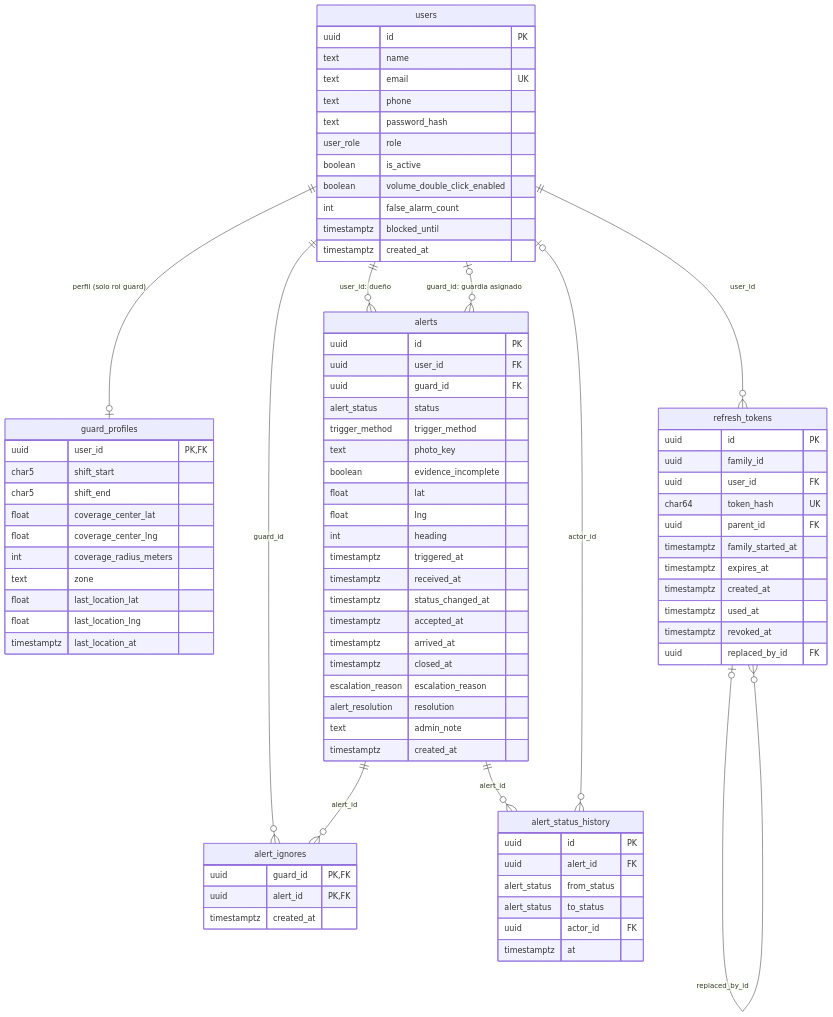
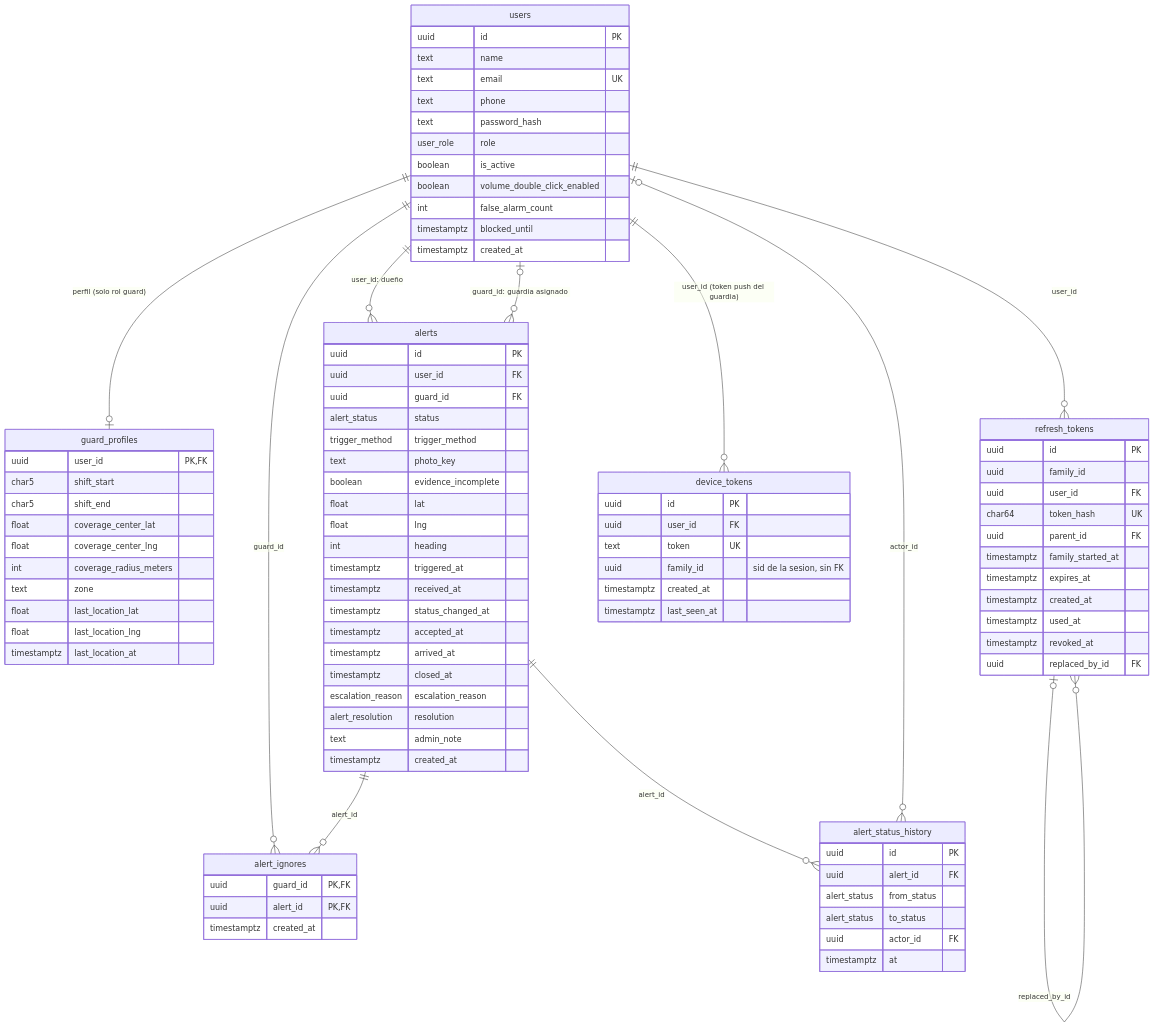
Before and after one commit to angelOcampoM/SafeLink: the first of 2 diagrams in docs/MODELO_DATOS.md, drawn with Mermaid. The commit also changed other lines of this file and 6 other files, not shown here.

Commit message:
docs(BE-04): contrato, permisos, modelo y guía del push

````diff
--- a/docs/MODELO_DATOS.md
+++ b/docs/MODELO_DATOS.md
@@ -45,6 +45,7 @@
     users ||--o{ refresh_tokens : "user_id"
     refresh_tokens |o--o{ refresh_tokens : "parent_id"
     refresh_tokens |o--o{ refresh_tokens : "replaced_by_id"
+    users ||--o{ device_tokens : "user_id (token push del guardia)"
 
     users {
         uuid id PK
@@ -119,4 +120,12 @@
         timestamptz revoked_at
         uuid replaced_by_id FK
     }
+    device_tokens {
+        uuid id PK
+        uuid user_id FK
+        text token UK
+        uuid family_id "sid de la sesion, sin FK"
+        timestamptz created_at
+        timestamptz last_seen_at
+    }
 ```
````
